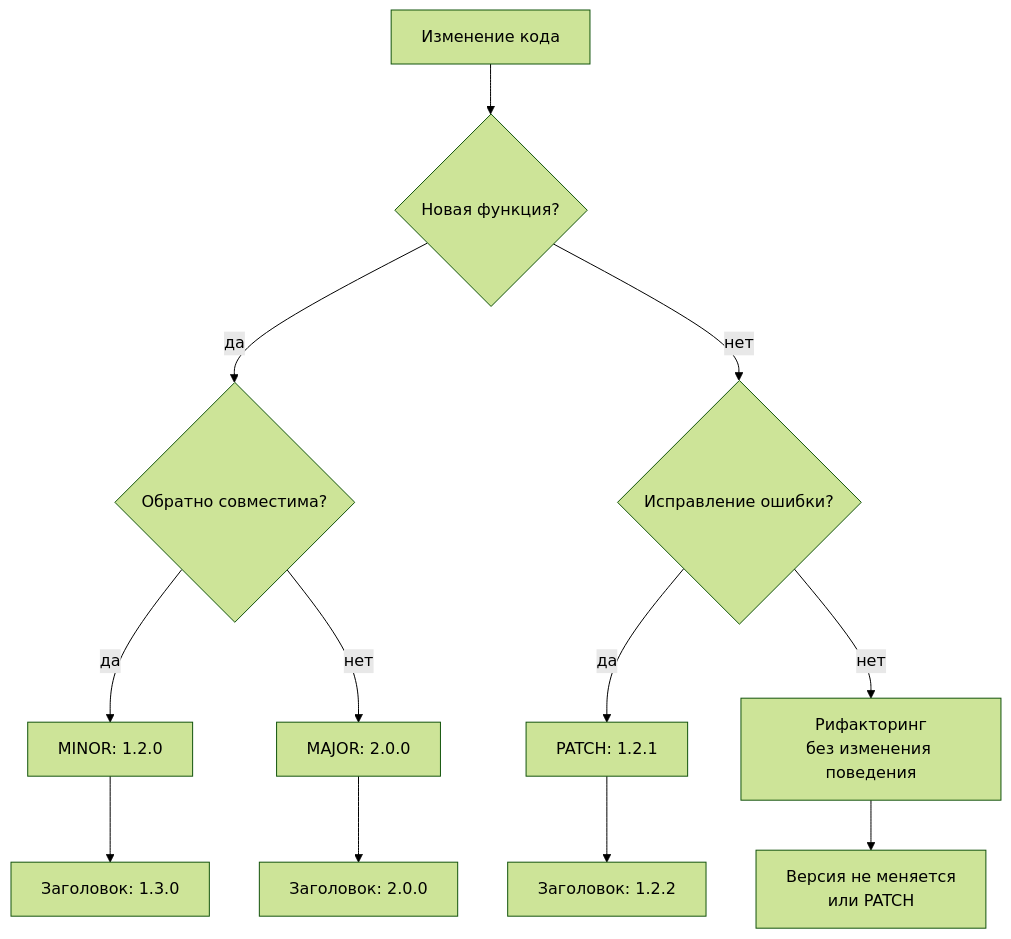
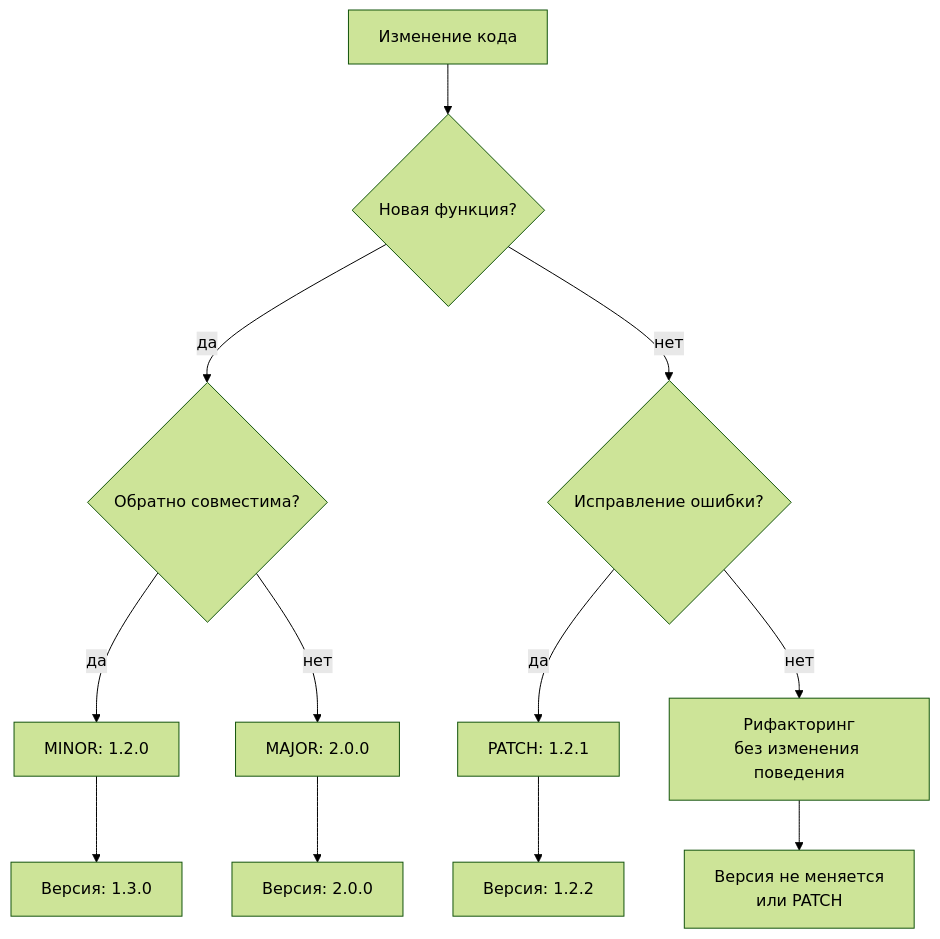
The first of 2 diagrams in packages/content/themes/02-api/semantic-versioning.md (Groghrus/fullstack-core), drawn with Mermaid (forest theme) before and after one commit. The commit also changed other lines of this file and 32 other files, not shown here.

````diff
--- a/packages/content/themes/02-api/semantic-versioning.md
+++ b/packages/content/themes/02-api/semantic-versioning.md
@@ -50,14 +50,14 @@
 ```mermaid
 flowchart TD
     A[Изменение кода] --> B{Новая функция?}
     B -->|да| C{Обратно совместима?}
     C -->|да| D[MINOR: 1.2.0]
     C -->|нет| E[MAJOR: 2.0.0]
     B -->|нет| F{Исправление ошибки?}
     F -->|да| G[PATCH: 1.2.1]
     F -->|нет| H[Рифакторинг<br/>без изменения поведения]
     H --> I[Версия не меняется<br/>или PATCH]
-    D --> J[Заголовок: 1.3.0]
-    E --> K[Заголовок: 2.0.0]
-    G --> L[Заголовок: 1.2.2]
+    D --> J[Версия: 1.3.0]
+    E --> K[Версия: 2.0.0]
+    G --> L[Версия: 1.2.2]
 ```
````
